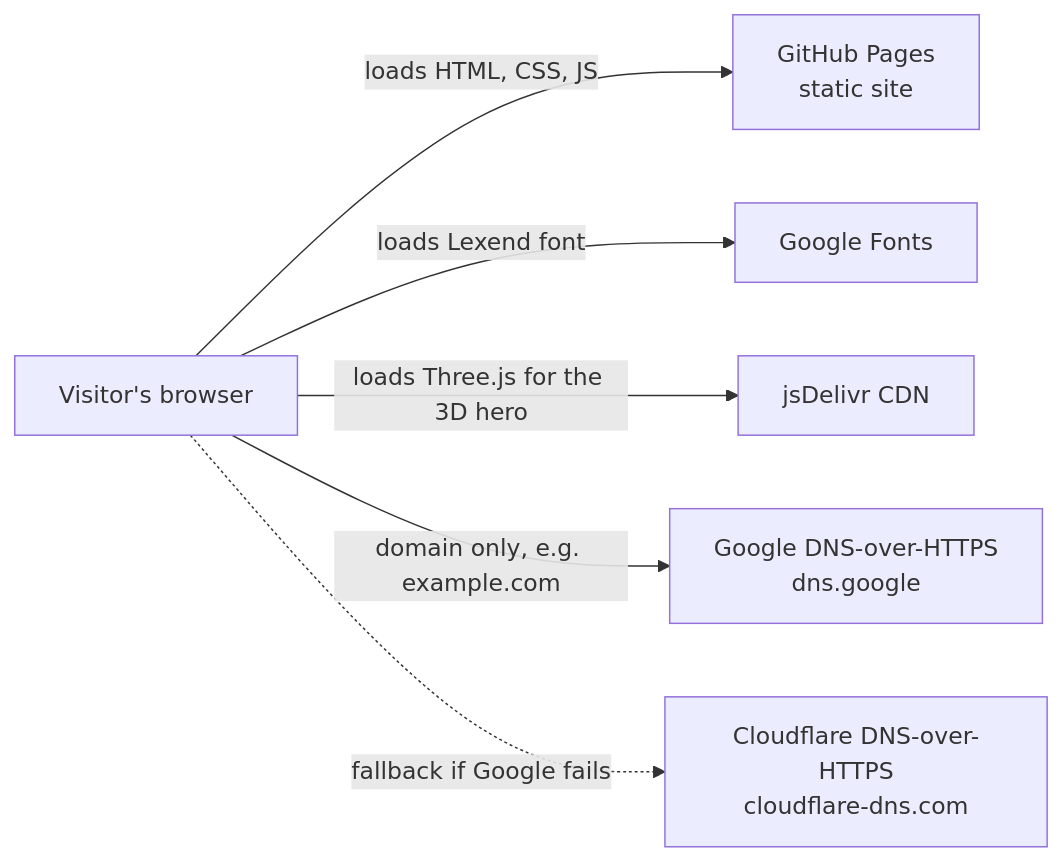
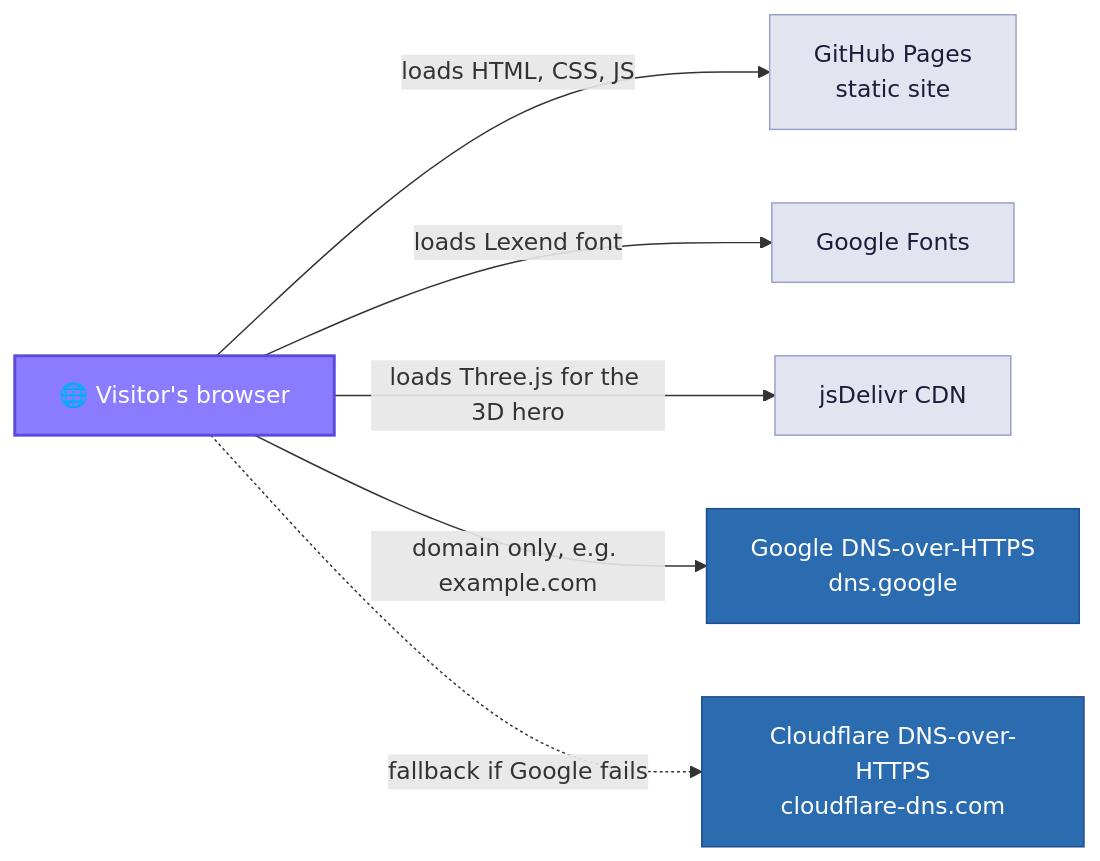
One commit to nexoradev-stack/Email-Chekkr changed the second of 7 diagrams in ARCHITECTURE.md. Above: the diagram before and after it, drawn with Mermaid. The commit also changed other lines of this file and 2 other files, not shown here.

First line of the commit message:
Colourful README and architecture diagrams

````diff
--- a/ARCHITECTURE.md
+++ b/ARCHITECTURE.md
@@ -16,8 +56,22 @@
 ```mermaid
 flowchart LR
-  U[Visitor's browser] -->|loads HTML, CSS, JS| GP[GitHub Pages<br/>static site]
+  U["🌐 Visitor's browser"] -->|loads HTML, CSS, JS| GP[GitHub Pages<br/>static site]
   U -->|loads Lexend font| GF[Google Fonts]
   U -->|loads Three.js for the 3D hero| CDN[jsDelivr CDN]
   U -->|domain only, e.g. example.com| G[Google DNS-over-HTTPS<br/>dns.google]
   U -.->|fallback if Google fails| C[Cloudflare DNS-over-HTTPS<br/>cloudflare-dns.com]
+  classDef web fill:#8b7cff,stroke:#5b4bdb,color:#ffffff,stroke-width:2px
+  classDef api fill:#3ddc97,stroke:#1fb57f,color:#0d0f22,stroke-width:2px
+  classDef mcp fill:#f2b544,stroke:#e39a2b,color:#0d0f22,stroke-width:2px
+  classDef engine fill:#1c2048,stroke:#8b7cff,color:#ffffff,stroke-width:3px
+  classDef dns fill:#2b6cb0,stroke:#1e4e8c,color:#ffffff
+  classDef ext fill:#e2e4f0,stroke:#9aa0c8,color:#1b1d3a
+  classDef valid fill:#1fb57f,stroke:#1fb57f,color:#ffffff
+  classDef risky fill:#e39a2b,stroke:#e39a2b,color:#ffffff
+  classDef invalid fill:#dc4a3d,stroke:#dc4a3d,color:#ffffff
+  classDef unknown fill:#6b7090,stroke:#6b7090,color:#ffffff
+  classDef step fill:#eef0f8,stroke:#8b7cff,color:#1b1d3a
+  class U web
+  class GP,GF,CDN ext
+  class G,C dns
 ```
````
